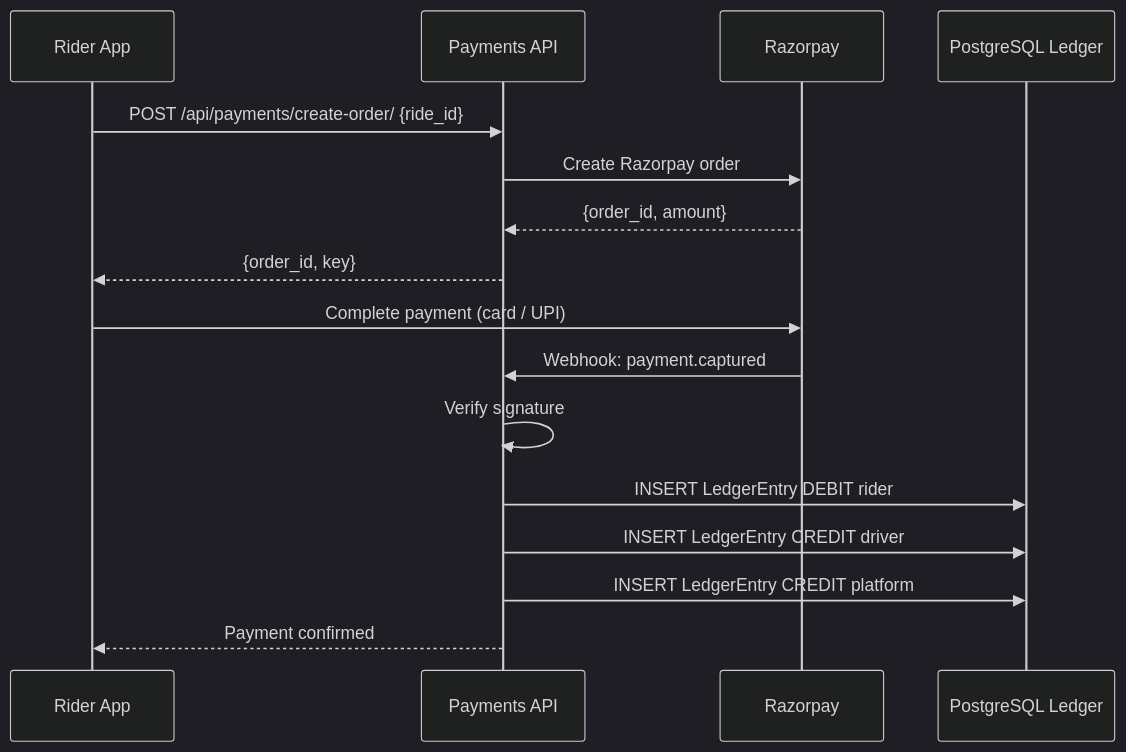
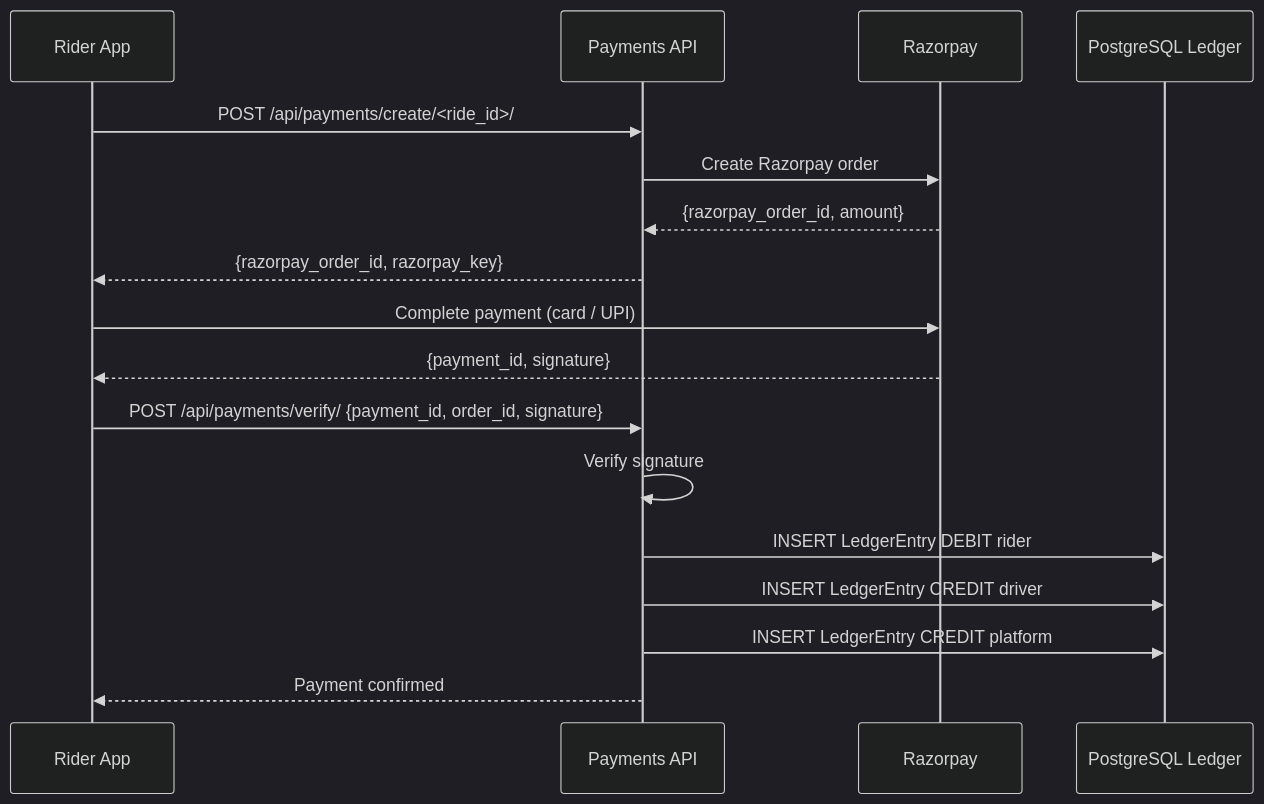
The diagram in docs/4.Payments/5.Workflows/Payment_Flow.md (sanjaikumarask/uber--clone), drawn with Mermaid (dark theme) before and after one commit. The commit also changed other lines of this file and 116 other files, not shown here.

````diff
--- a/docs/4.Payments/5.Workflows/Payment_Flow.md
+++ b/docs/4.Payments/5.Workflows/Payment_Flow.md
@@ -45,19 +44,20 @@
 ```mermaid
 sequenceDiagram
 participant Rider as Rider App
 participant API as Payments API
 participant GW as Razorpay
 participant DB as PostgreSQL Ledger
 
-Rider->>API: POST /api/payments/create-order/ {ride_id}
+Rider->>API: POST /api/payments/create/<ride_id>/
 API->>GW: Create Razorpay order
-GW-->>API: {order_id, amount}
-API-->>Rider: {order_id, key}
+GW-->>API: {razorpay_order_id, amount}
+API-->>Rider: {razorpay_order_id, razorpay_key}
 Rider->>GW: Complete payment (card / UPI)
-GW->>API: Webhook: payment.captured
+GW-->>Rider: {payment_id, signature}
+Rider->>API: POST /api/payments/verify/ {payment_id, order_id, signature}
 API->>API: Verify signature
 API->>DB: INSERT LedgerEntry DEBIT rider
 API->>DB: INSERT LedgerEntry CREDIT driver
 API->>DB: INSERT LedgerEntry CREDIT platform
 API-->>Rider: Payment confirmed
 ```
````
